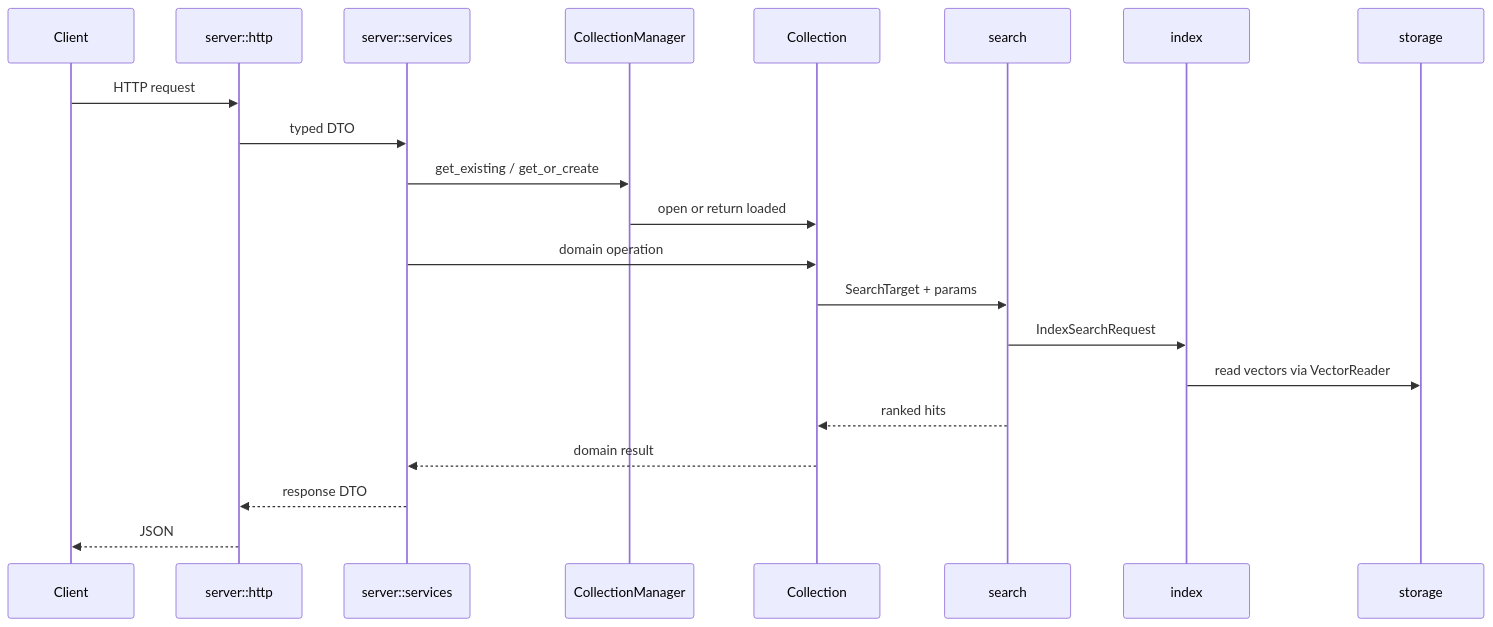
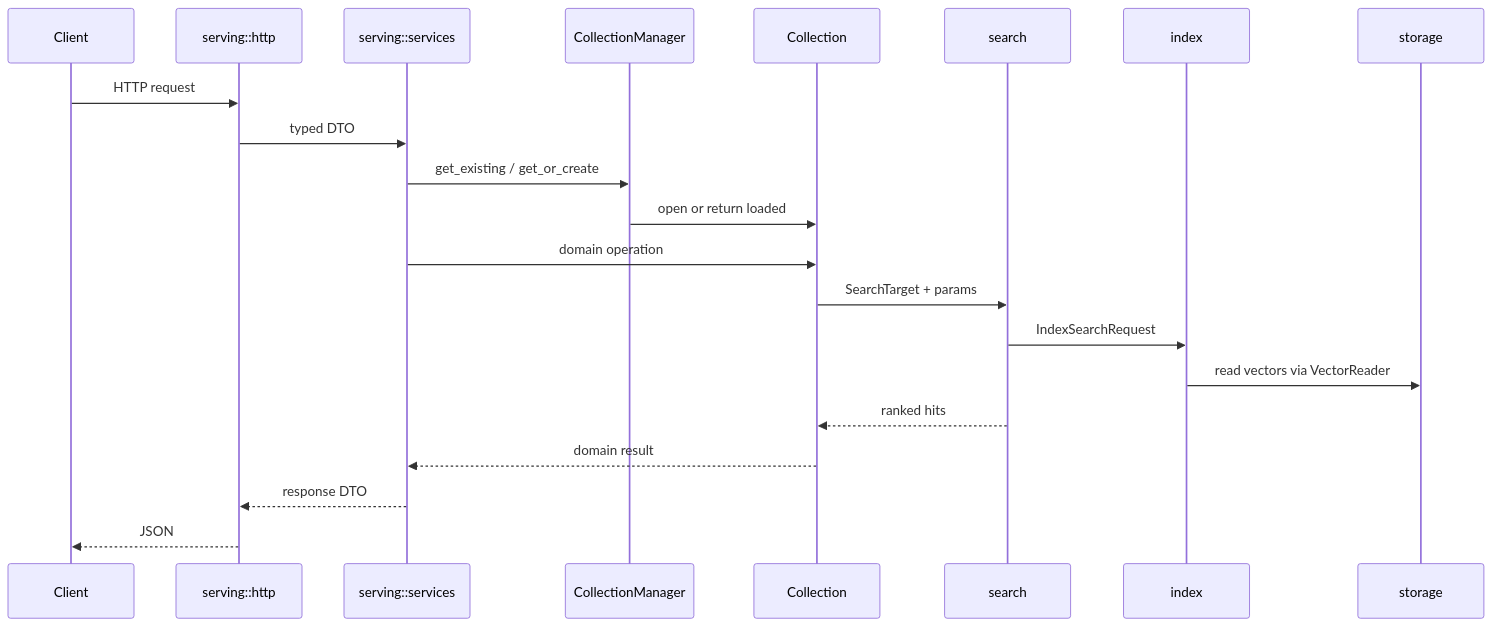
The diagram in docs/ARCHITECTURE.md (ashworks1706/Piramid), drawn with Mermaid before and after one commit. The commit also changed other lines of this file and 3 other files, not shown here.

````diff
--- a/docs/ARCHITECTURE.md
+++ b/docs/ARCHITECTURE.md
@@ -244,24 +163,24 @@
 ```mermaid
 sequenceDiagram
     participant C as Client
-    participant H as server::http
-    participant S as server::services
+    participant H as serving::http
+    participant S as serving::services
     participant M as CollectionManager
     participant Col as Collection
     participant Se as search
     participant Idx as index
     participant St as storage
 
     C->>H: HTTP request
     H->>S: typed DTO
     S->>M: get_existing / get_or_create
     M->>Col: open or return loaded
     S->>Col: domain operation
     Col->>Se: SearchTarget + params
     Se->>Idx: IndexSearchRequest
     Idx->>St: read vectors via VectorReader
     Se-->>Col: ranked hits
     Col-->>S: domain result
     S-->>H: response DTO
     H-->>C: JSON
 ```
````
